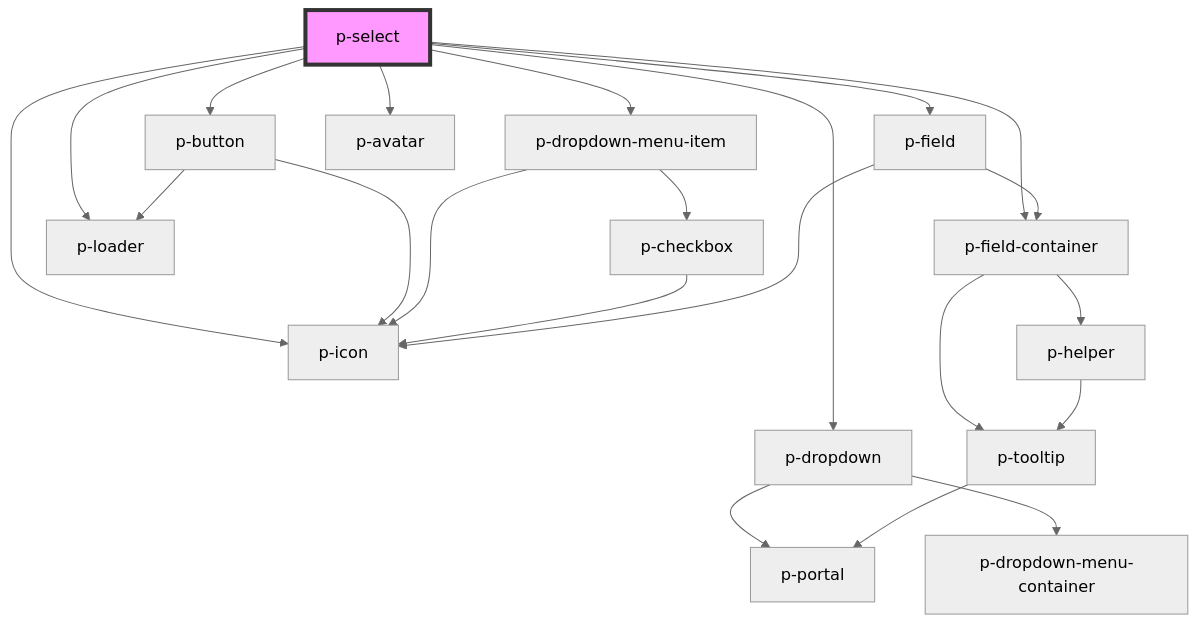
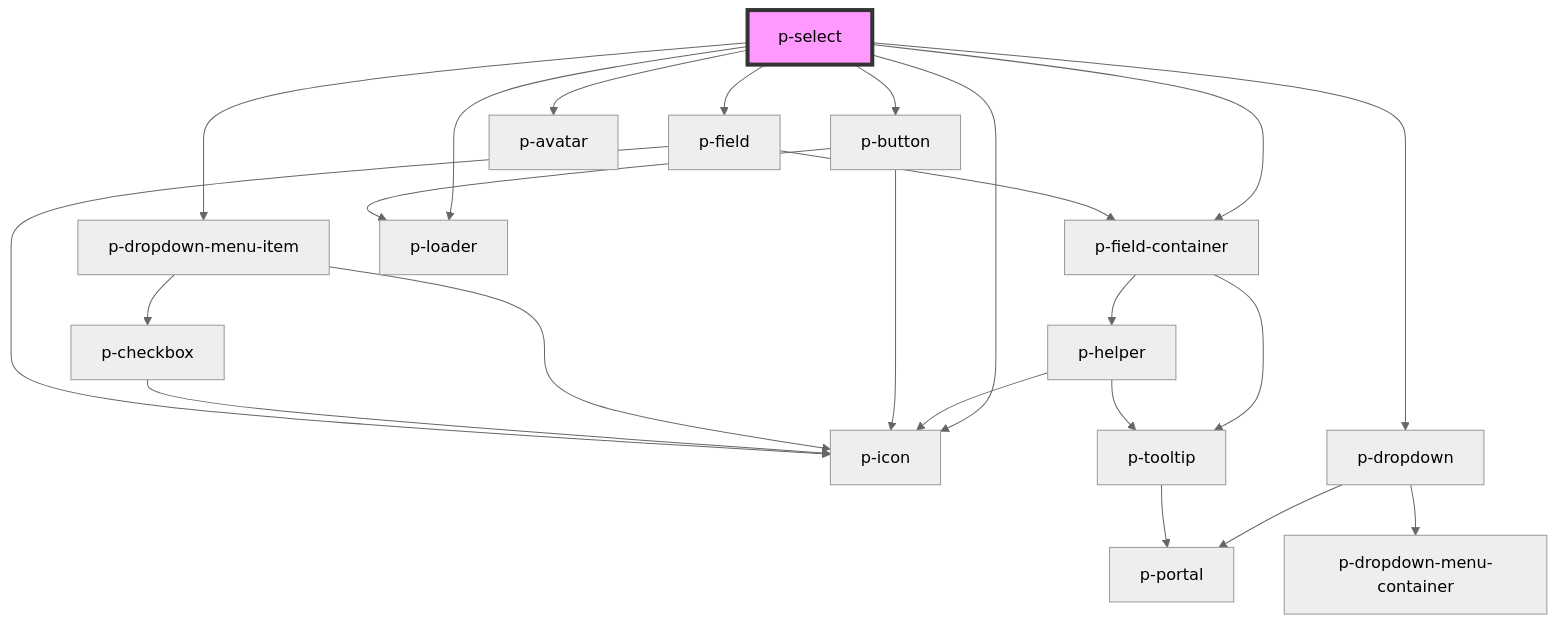
The diagram in packages/core/src/components/molecules/select/readme.md (Employes/Paperless), drawn with Mermaid (neutral theme) before and after one commit. The commit also changed 11 other files, not shown here.

````diff
--- a/packages/core/src/components/molecules/select/readme.md
+++ b/packages/core/src/components/molecules/select/readme.md
@@ -77,25 +77,26 @@
 ```mermaid
 graph TD;
   p-select --> p-icon
   p-select --> p-dropdown
   p-select --> p-field-container
   p-select --> p-button
   p-select --> p-dropdown-menu-item
   p-select --> p-loader
   p-select --> p-field
   p-select --> p-avatar
   p-dropdown --> p-portal
   p-dropdown --> p-dropdown-menu-container
   p-field-container --> p-helper
   p-field-container --> p-tooltip
   p-helper --> p-tooltip
+  p-helper --> p-icon
   p-tooltip --> p-portal
   p-button --> p-icon
   p-button --> p-loader
   p-dropdown-menu-item --> p-icon
   p-dropdown-menu-item --> p-checkbox
   p-checkbox --> p-icon
   p-field --> p-field-container
   p-field --> p-icon
   style p-select fill:#f9f,stroke:#333,stroke-width:4px
 ```
````
